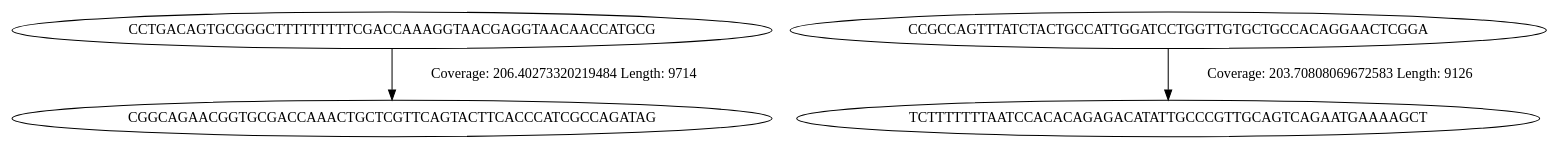
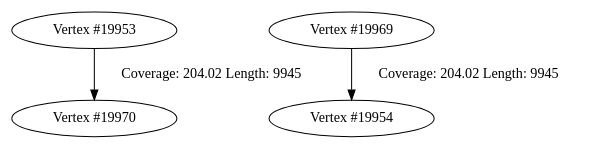
Before and after one commit to SacredArrow/NGS_HW: the diagram in HW5/out10k.dot, drawn with Graphviz. The commit also changed 15 other files, not shown here.

```diff
--- a/HW5/out10k.dot
+++ b/HW5/out10k.dot
@@ -1,4 +1,4 @@
 digraph de_bruijn_graph {
-	CCTGACAGTGCGGGCTTTTTTTTTCGACCAAAGGTAACGAGGTAACAACCATGCG -> CGGCAGAACGGTGCGACCAAACTGCTCGTTCAGTACTTCACCCATCGCCAGATAG [label="Coverage: 206.40273320219484 Length: 9714 "]
-	CCGCCAGTTTATCTACTGCCATTGGATCCTGGTTGTGCTGCCACAGGAACTCGGA -> TCTTTTTTTAATCCACACAGAGACATATTGCCCGTTGCAGTCAGAATGAAAAGCT [label="Coverage: 203.70808069672583 Length: 9126 "]
+	"Vertex #19953" -> "Vertex #19970" [label="Coverage: 204.02 Length: 9945 "]
+	"Vertex #19969" -> "Vertex #19954" [label="Coverage: 204.02 Length: 9945 "]
 }
```
